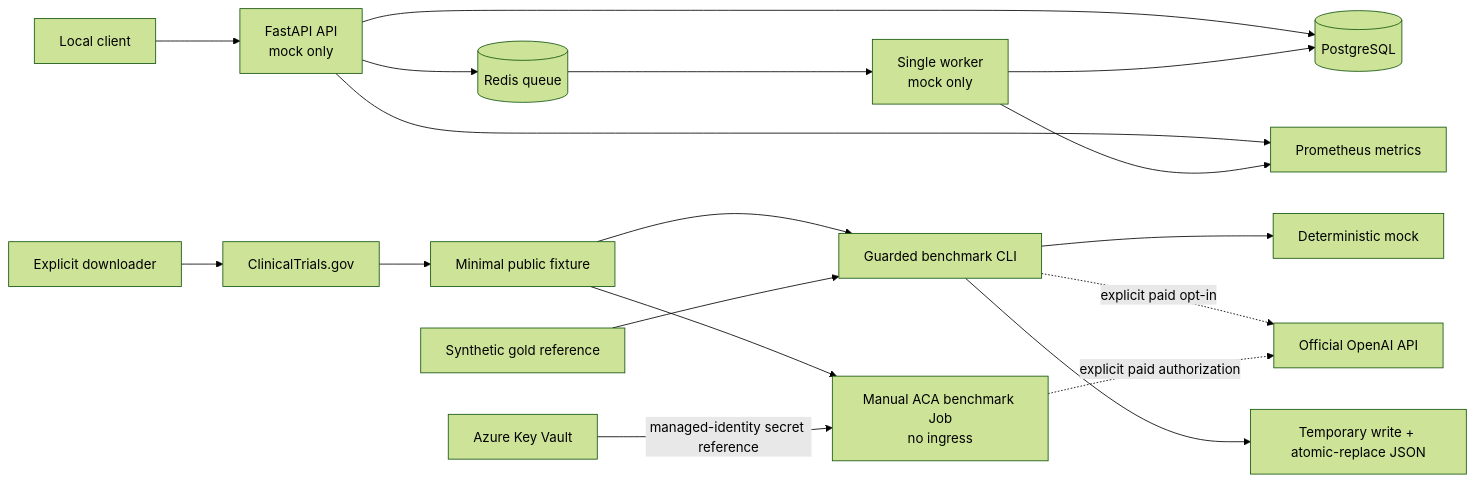
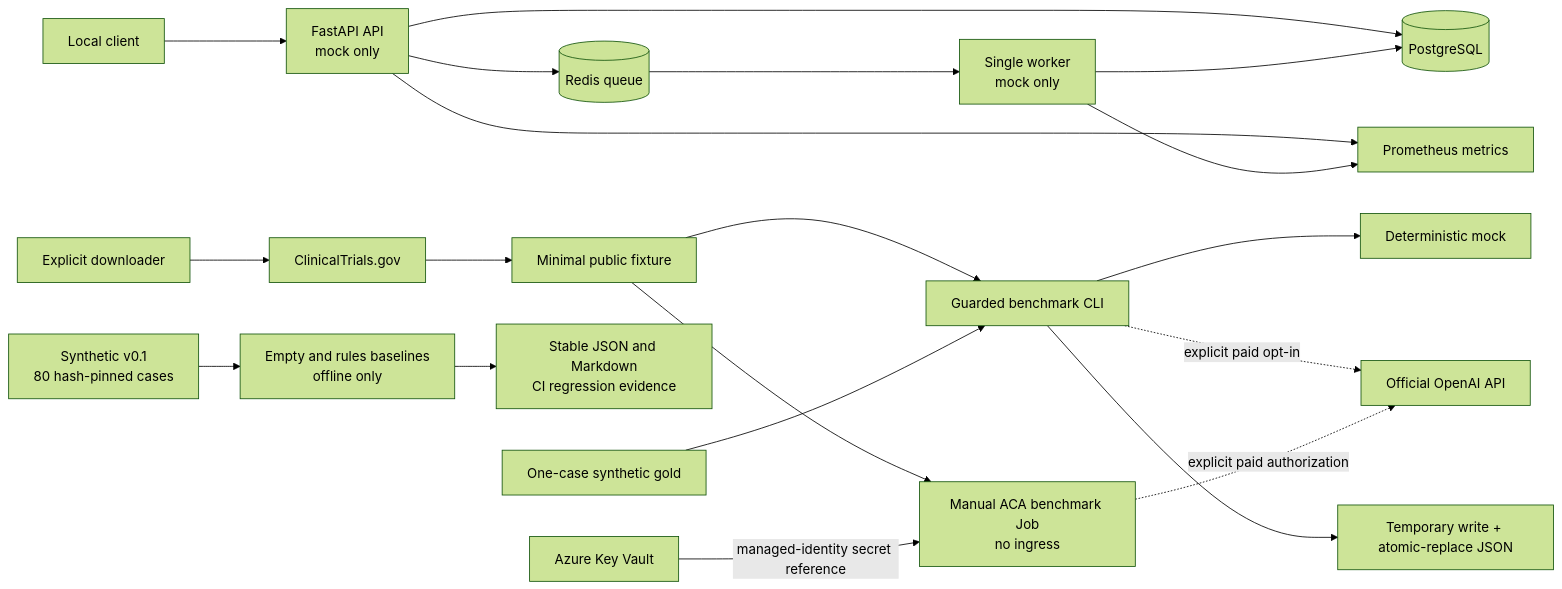
One commit to NevoLevi/CriteriaBench changed the diagram in README.md. Above: the diagram before and after it, drawn with Mermaid (forest theme). The commit also changed other lines of this file and 103 other files, not shown here.

````diff
--- a/README.md
+++ b/README.md
@@ -27,21 +27,24 @@
 ```mermaid
 flowchart LR
     U["Local client"] --> A["FastAPI API<br/>mock only"]
     A --> P[("PostgreSQL")]
     A --> R[("Redis queue")]
     R --> W["Single worker<br/>mock only"]
     W --> P
     A --> M["Prometheus metrics"]
     W --> M
 
     D["Explicit downloader"] --> C["ClinicalTrials.gov"]
     C --> F["Minimal public fixture"]
     F --> B["Guarded benchmark CLI"]
-    G["Synthetic gold reference"] --> B
+    G["One-case synthetic gold"] --> B
     B --> X["Deterministic mock"]
     B -. "explicit paid opt-in" .-> O["Official OpenAI API"]
     B --> J["Temporary write + atomic-replace JSON"]
     F --> ACA["Manual ACA benchmark Job<br/>no ingress"]
     KV["Azure Key Vault"] -->|"managed-identity secret reference"| ACA
     ACA -. "explicit paid authorization" .-> O
+
+    S["Synthetic v0.1<br/>80 hash-pinned cases"] --> OB["Empty and rules baselines<br/>offline only"]
+    OB --> SR["Stable JSON and Markdown<br/>CI regression evidence"]
 ```
````
